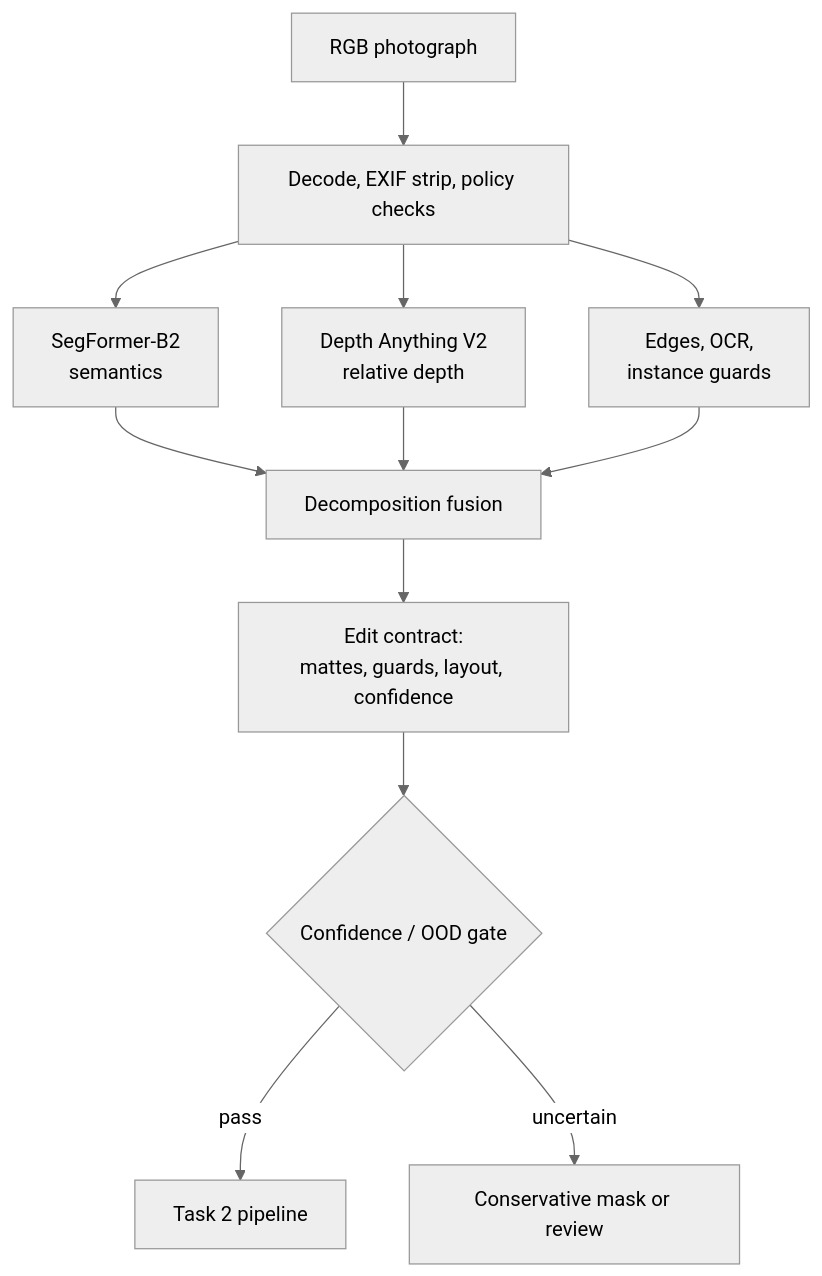
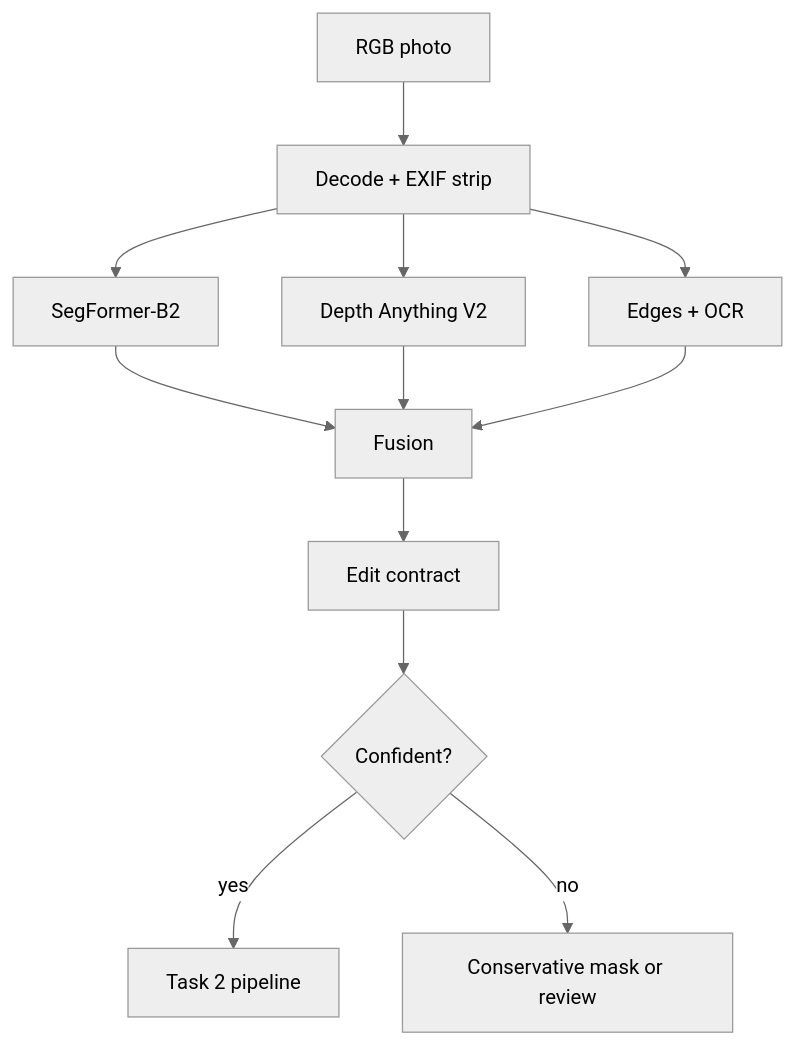
One commit to mustafametesengul/generative-editing changed the diagram in docs/TASK1_PERCEPTION.md. Above: the diagram before and after it, drawn with Mermaid (neutral theme). The commit also changed other lines of this file and 3 other files, not shown here.

````diff
--- a/docs/TASK1_PERCEPTION.md
+++ b/docs/TASK1_PERCEPTION.md
@@ -5,14 +5,14 @@
 ```mermaid
 flowchart TD
-    A[RGB photograph] --> B[Decode, EXIF strip, policy checks]
-    B --> C[SegFormer-B2<br>semantics]
-    B --> D[Depth Anything V2<br>relative depth]
-    B --> E[Edges, OCR,<br>instance guards]
-    C --> F[Decomposition fusion]
+    A[RGB photo] --> B[Decode + EXIF strip]
+    B --> C[SegFormer-B2]
+    B --> D[Depth Anything V2]
+    B --> E[Edges + OCR]
+    C --> F[Fusion]
     D --> F
     E --> F
-    F --> G[Edit contract:<br>mattes, guards, layout, confidence]
-    G --> H{Confidence / OOD gate}
-    H -->|pass| I[Task 2 pipeline]
-    H -->|uncertain| J[Conservative mask or review]
+    F --> G[Edit contract]
+    G --> H{Confident?}
+    H -->|yes| I[Task 2 pipeline]
+    H -->|no| J[Conservative mask or review]
 ```
````
